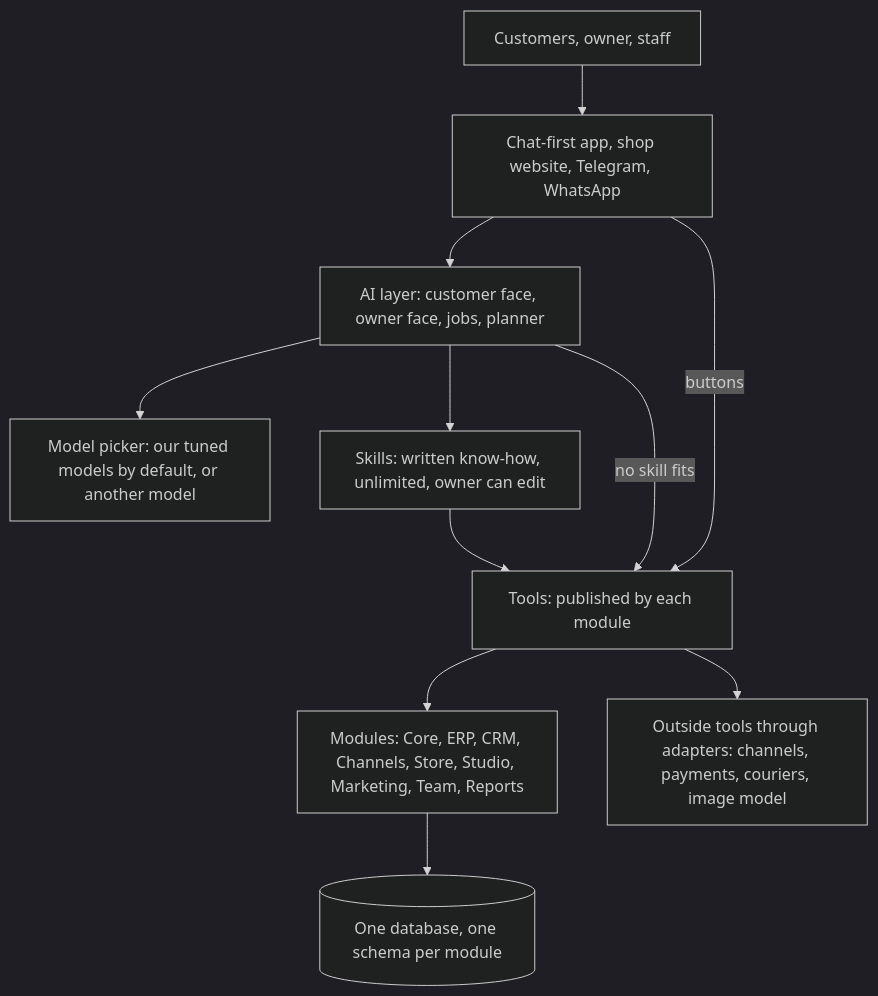
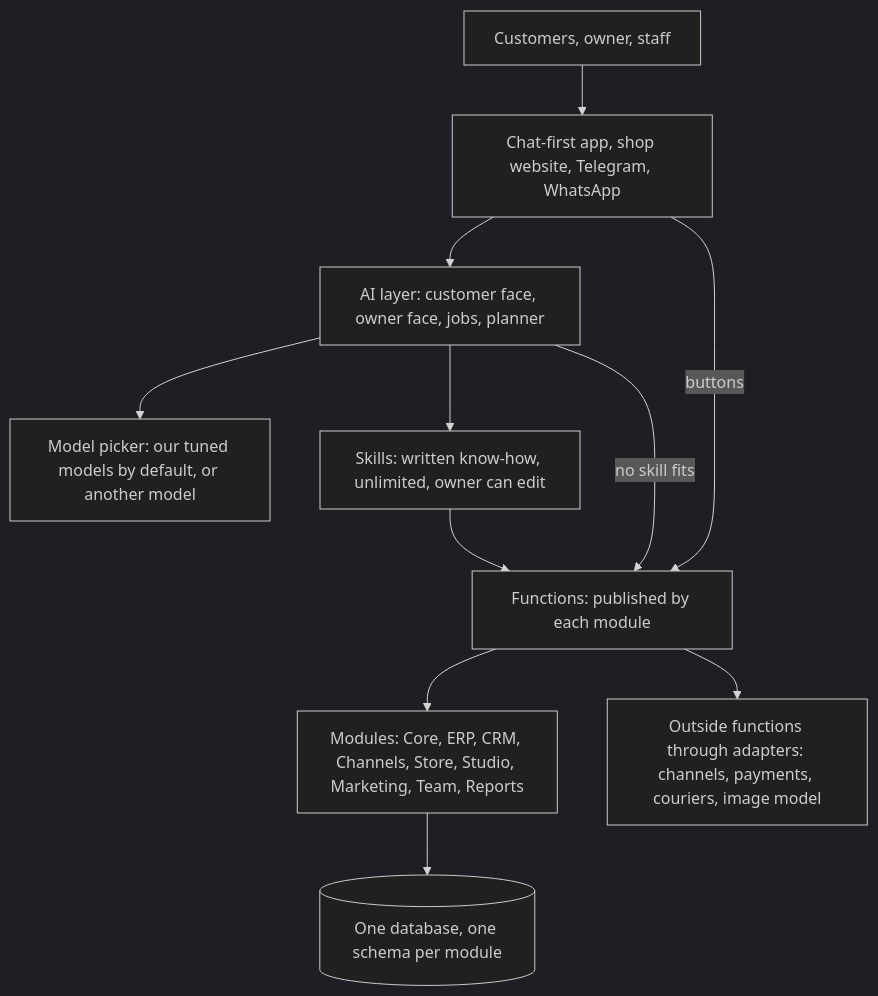
Before and after one commit to puagraduationproject/graduationproject: the first of 11 diagrams in technical-structure.md, drawn with Mermaid (dark theme). The commit also changed other lines of this file and 2 other files, not shown here.

Commit message:
Design: tools are now called functions

````diff
--- a/technical-structure.md
+++ b/technical-structure.md
@@ -110,13 +113,13 @@
 ```mermaid
 flowchart TD
   P["Customers, owner, staff"] --> UI["Chat-first app, shop website, Telegram, WhatsApp"]
   UI --> AI["AI layer: customer face, owner face, jobs, planner"]
   AI --> MP["Model picker: our tuned models by default, or another model"]
   UI -->|"buttons"| TL
   AI --> SK["Skills: written know-how, unlimited, owner can edit"]
-  SK --> TL["Tools: published by each module"]
+  SK --> TL["Functions: published by each module"]
   AI -->|"no skill fits"| TL
   TL --> MOD["Modules: Core, ERP, CRM, Channels, Store, Studio, Marketing, Team, Reports"]
-  TL --> OUT["Outside tools through adapters: channels, payments, couriers, image model"]
+  TL --> OUT["Outside functions through adapters: channels, payments, couriers, image model"]
   MOD --> DB[("One database, one schema per module")]
 ```
````
